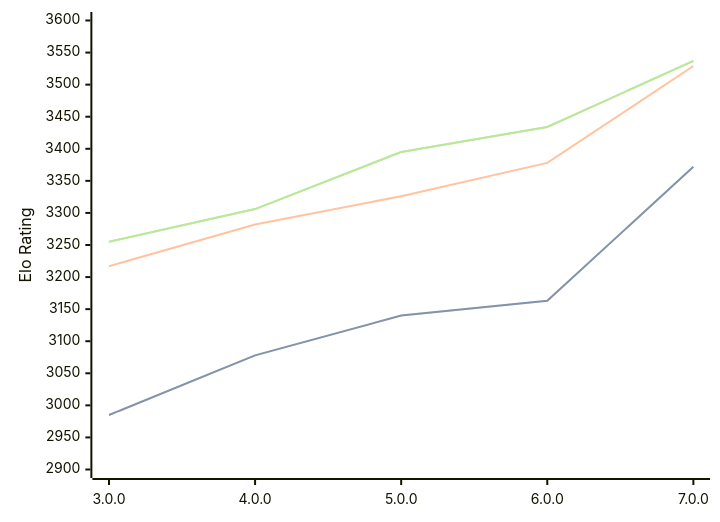
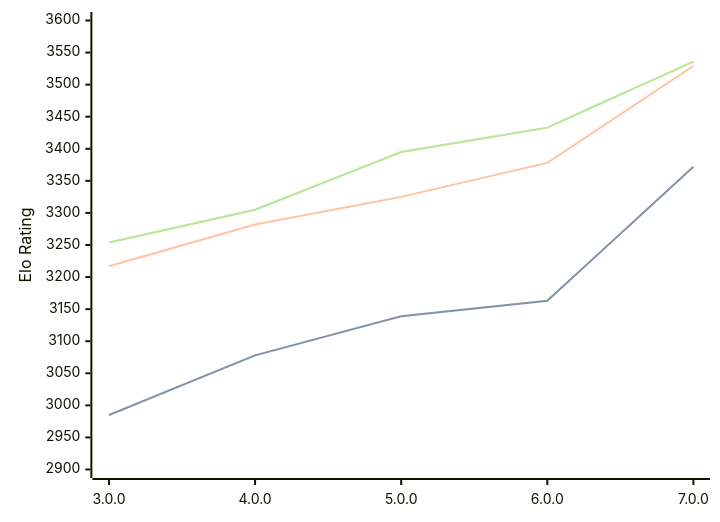
Before and after one commit to computer-chess-index/cci: the diagram in engines/Minke.md, drawn with Mermaid. The commit also changed other lines of this file, not shown here.

Commit message:
Update CCI Ratings (ELO VLTC) - 2026-10-01

````diff
--- a/engines/Minke.md
+++ b/engines/Minke.md
@@ -35,11 +35,11 @@
 ```mermaid
 %%{init: {"theme":"base","themeVariables":{"seriesColors:['#a3a3a3','#222221','#faa371']}}}%%
 xychart-beta
   x-axis ["3.0.0", "4.0.0", "5.0.0", "6.0.0", "7.0.0"]
   y-axis "Elo Rating" 2900 --> 3600
-  line "" [2985, 3078, 3140, 3163, 3372]
-  line "STC (8.0+0.08s)" [2985, 3078, 3140, 3163, 3372]
-  line "LTC (60.0+0.60s)" [3217, 3282, 3326, 3378, 3529]
-  line "" [3255, 3306, 3395, 3434, 3537]
-  line "VLTC (2m24s+1.12s)" [3255, 3306, 3395, 3434, 3537]
+  line "" [2985, 3078, 3139, 3163, 3372]
+  line "STC (8.0+0.08s)" [2985, 3078, 3139, 3163, 3372]
+  line "LTC (60.0+0.60s)" [3217, 3282, 3325, 3378, 3529]
+  line "" [3254, 3305, 3395, 3433, 3536]
+  line "VLTC (2m24s+1.12s)" [3254, 3305, 3395, 3433, 3536]
 ```
````
